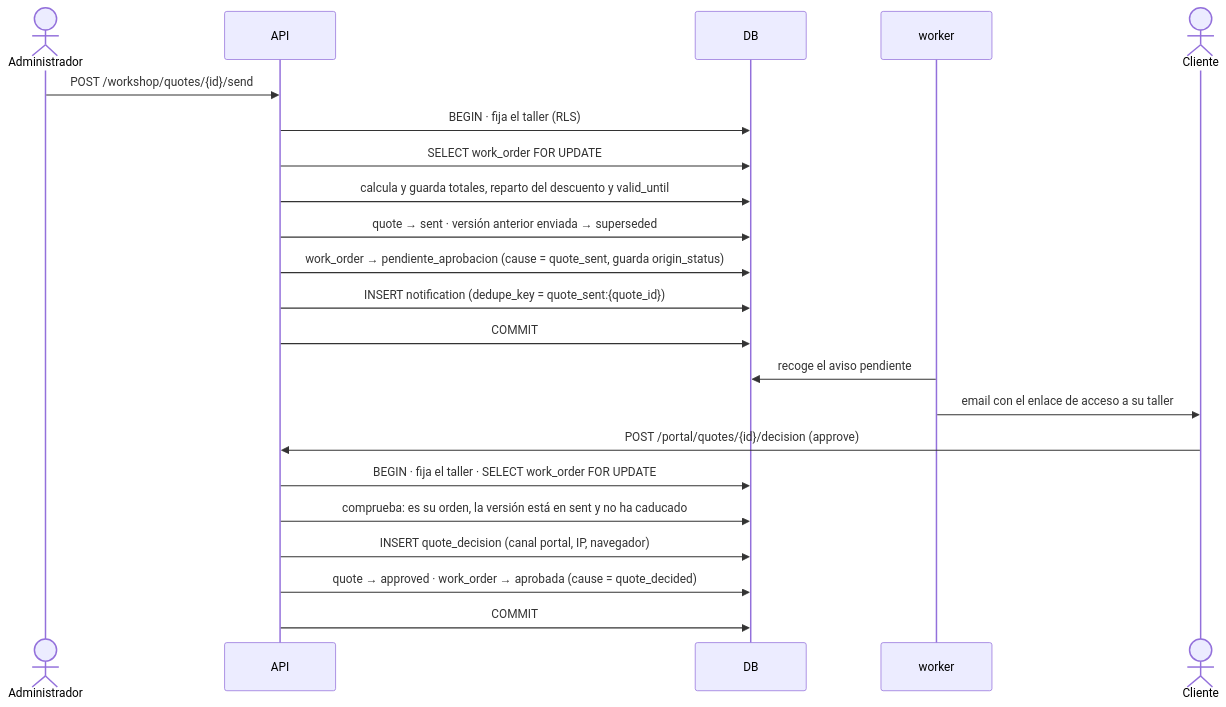
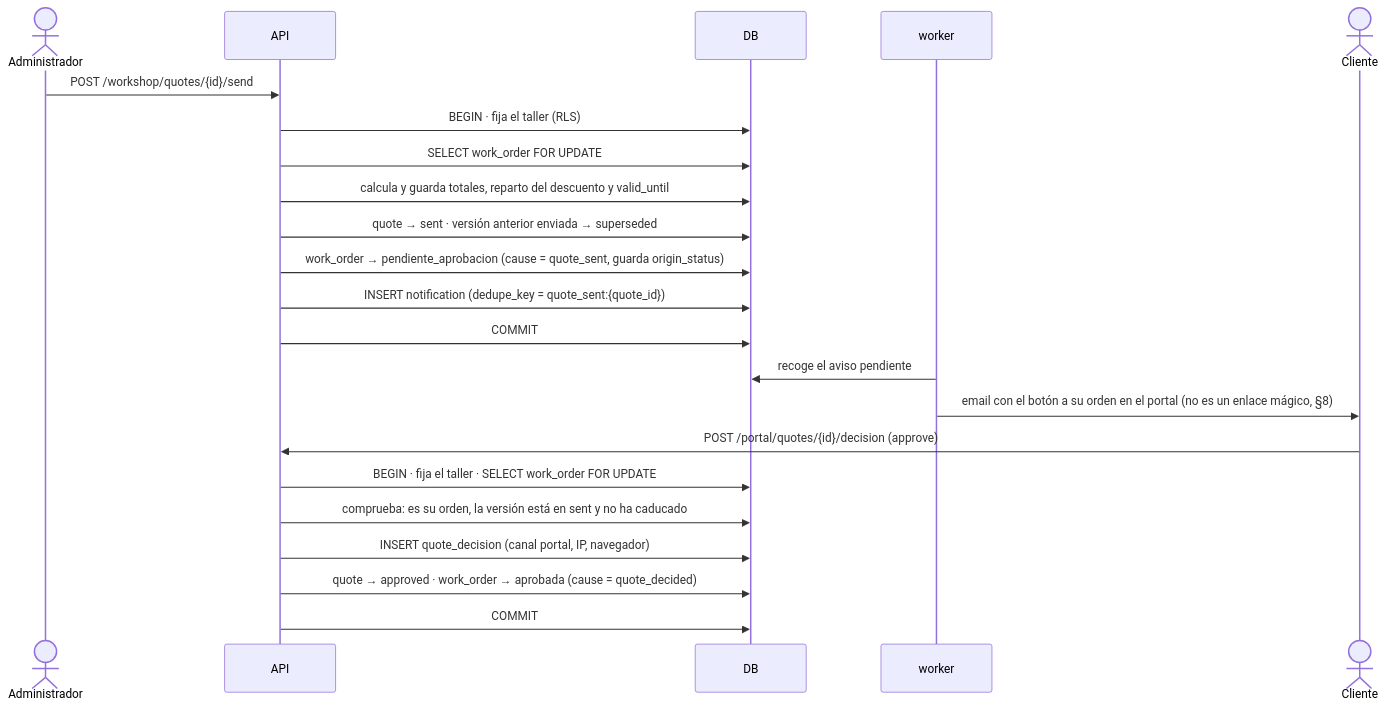
The fourth of 6 diagrams in docs/arquitectura/index.md (iMiguel10/axtton-core), drawn with Mermaid before and after one commit. The commit also changed other lines of this file and 19 other files, not shown here.

````diff
--- a/docs/arquitectura/index.md
+++ b/docs/arquitectura/index.md
@@ -544,25 +544,25 @@
 ```mermaid
 sequenceDiagram
     actor Ad as Administrador
     participant API
     participant DB
     participant WK as worker
     actor Cl as Cliente
 
     Ad->>API: POST /workshop/quotes/{id}/send
     API->>DB: BEGIN · fija el taller (RLS)
     API->>DB: SELECT work_order FOR UPDATE
     API->>DB: calcula y guarda totales, reparto del descuento y valid_until
     API->>DB: quote → sent · versión anterior enviada → superseded
     API->>DB: work_order → pendiente_aprobacion (cause = quote_sent, guarda origin_status)
     API->>DB: INSERT notification (dedupe_key = quote_sent:{quote_id})
     API->>DB: COMMIT
     WK->>DB: recoge el aviso pendiente
-    WK->>Cl: email con el enlace de acceso a su taller
+    WK->>Cl: email con el botón a su orden en el portal (no es un enlace mágico, §8)
     Cl->>API: POST /portal/quotes/{id}/decision (approve)
     API->>DB: BEGIN · fija el taller · SELECT work_order FOR UPDATE
     API->>DB: comprueba: es su orden, la versión está en sent y no ha caducado
     API->>DB: INSERT quote_decision (canal portal, IP, navegador)
     API->>DB: quote → approved · work_order → aprobada (cause = quote_decided)
     API->>DB: COMMIT
 ```
````
